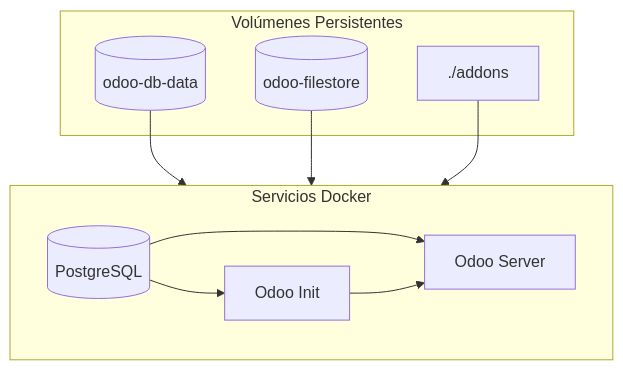
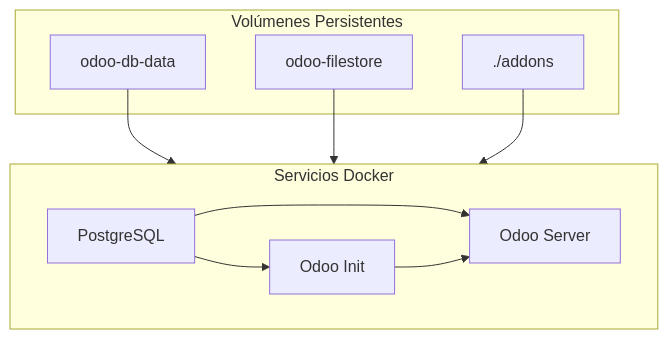
The first of 2 diagrams in README.md (EdissonGirald0/Docker-Odoo), drawn with Mermaid before and after one commit. The commit also changed other lines of this file, not shown here.

````diff
--- a/README.md
+++ b/README.md
@@ -33,22 +40,22 @@
 ```mermaid
 flowchart TB
     subgraph Volúmenes["Volúmenes Persistentes"]
-        V1[("odoo-db-data")]
-        V2[("odoo-filestore")]
+        V1["odoo-db-data"]
+        V2["odoo-filestore"]
         V3["./addons"]
     end
     
     subgraph Contenedores["Servicios Docker"]
         direction LR
-        DB[(PostgreSQL)]
+        DB[PostgreSQL]
         INIT[Odoo Init]
         ODOO[Odoo Server]
     end
 
     V1 --> DB
     V2 --> ODOO
     V3 --> ODOO
     DB --> INIT
     DB --> ODOO
     INIT --> ODOO
 ```
````
